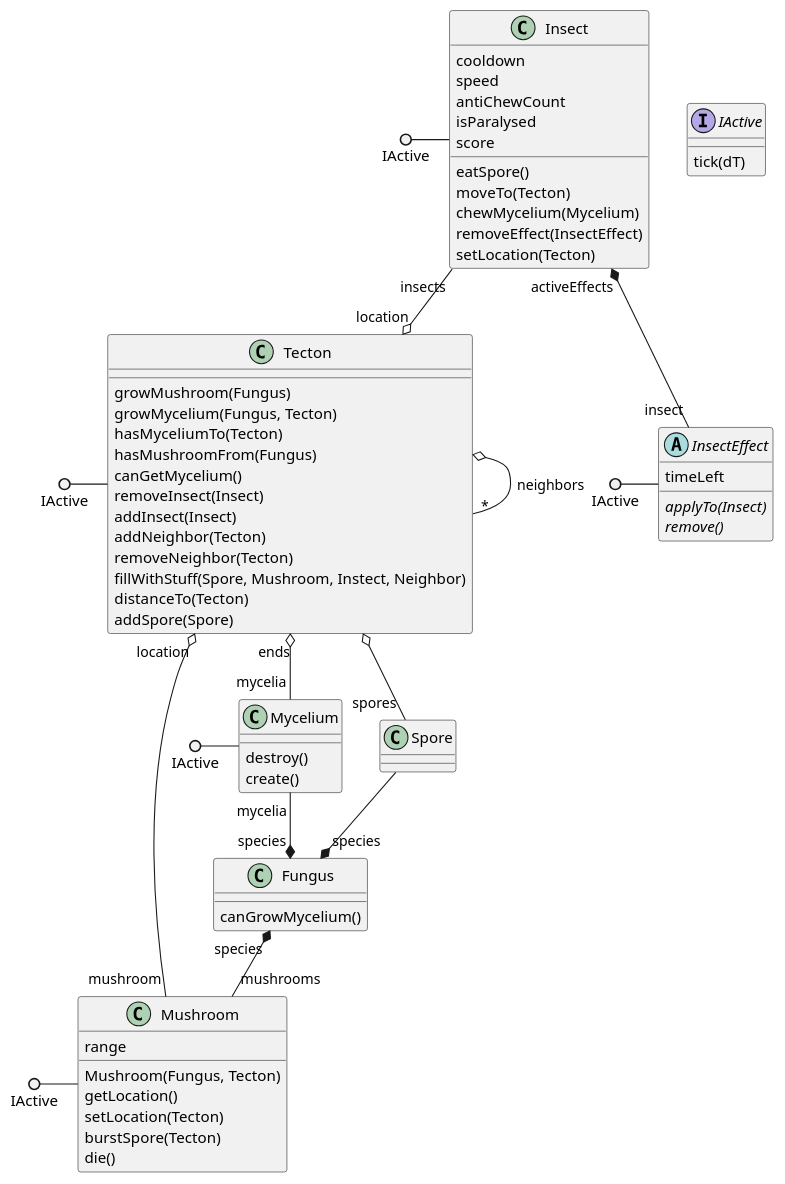
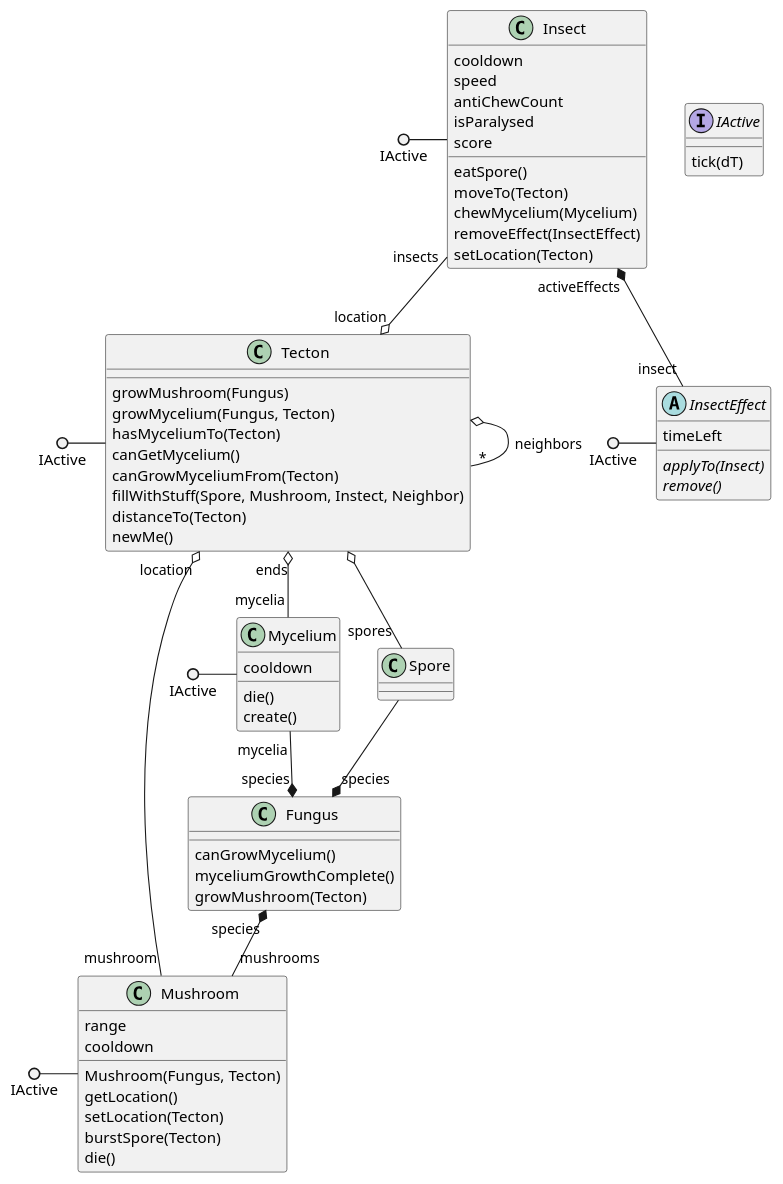
One commit to ZD4ve/projlab-error521 changed the diagram in classes.pu. Above: the diagram before and after it, drawn with PlantUML. The commit also changed 5 other files, not shown here.

Commit message:
State diagrams updated

```diff
--- a/classes.pu
+++ b/classes.pu
@@ -1,80 +1,87 @@
 @startuml classes
 interface IActive {
     tick(dT)
 }
 'Addneighbor, remove, fill belement többet hogy jelölünk
-'NEM E KELL TÍPUS'
+'NEM E KELL RETURN TÍPUS'
+
+'Dávid: kikommentelt fv-ek getter-setterek, elhagyhatjuk őket innen?
 class Tecton {
     growMushroom(Fungus)
     growMycelium(Fungus, Tecton)
     hasMyceliumTo(Tecton)
-    hasMushroomFrom(Fungus)
     canGetMycelium()
-    removeInsect(Insect)
-    addInsect(Insect)
-    addNeighbor(Tecton)
-    removeNeighbor(Tecton)
+    canGrowMyceliumFrom(Tecton)
+    ' removeInsect(Insect)
+    ' addInsect(Insect)
+    ' addNeighbor(Tecton)
+    ' removeNeighbor(Tecton)
     fillWithStuff(Spore, Mushroom, Instect, Neighbor)
     distanceTo(Tecton)
-    addSpore(Spore)
+    ' addSpore(Spore)
+    newMe()
 }
 class Fungus {
     canGrowMycelium()
+    myceliumGrowthComplete()
+    growMushroom(Tecton)
 }
 class Mycelium {
-    destroy()
+    cooldown
+    die()
     create()
 }
 class Mushroom {
     range
+    cooldown
     Mushroom(Fungus, Tecton)
     getLocation()
     setLocation(Tecton)
     burstSpore(Tecton)
     die()
 }
 class Spore
 
 'Panni: ide nem írom ki a getter-settereket, elegek szntem az attribútumok
 ' +ha van removeEffect() akkor applyEffect() nincs? vagy azt a setIsParalysed() és a hasonlóak helyettesítik?
 ' +azt viszont nem tudom h az asszociációk setterei (pl setLocation) kellenek-e
 ' +az antiChewCount az hogyhogy counter és nem boolean?
 class Insect {
     cooldown
     speed
     antiChewCount
     isParalysed
     score
     eatSpore()
     moveTo(Tecton)
     chewMycelium(Mycelium)
     removeEffect(InsectEffect)
     setLocation(Tecton)
 }
 abstract InsectEffect {
     timeLeft
     {abstract} applyTo(Insect)
     {abstract} remove()
 }
 
 IActive ()- Tecton
 IActive ()- Mushroom
 IActive ()- Mycelium
 IActive ()- Insect
 IActive ()- InsectEffect
 
 Tecton o-- "*" Tecton : neighbors
 Tecton "ends" o-- "mycelia" Mycelium
 Tecton o-- "spores" Spore
 Tecton "location" o-- "mushroom" Mushroom
 
 Mycelium "mycelia" --* "species" Fungus
 
 Insect "activeEffects" *-- "insect" InsectEffect
 Insect "insects" --o "location" Tecton
 
 Fungus "species" *-- "mushrooms" Mushroom
 
 Spore --* "species" Fungus
 
 @enduml
```
